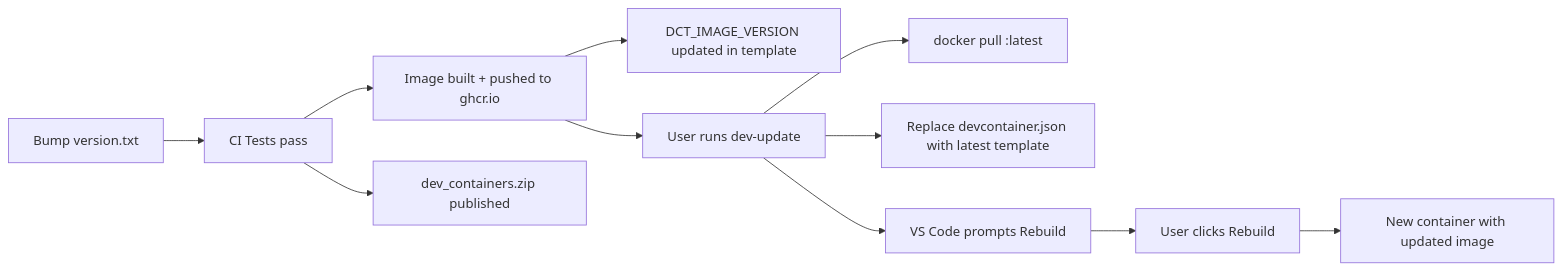
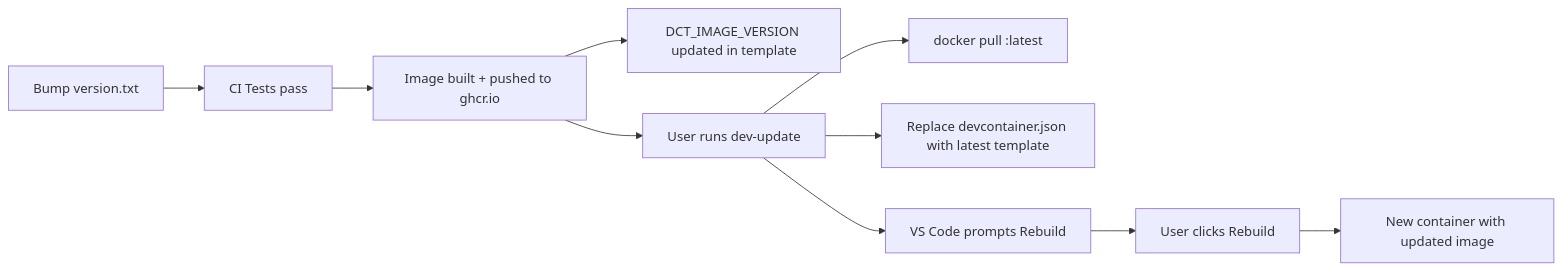
The third of 3 diagrams in website/docs/contributors/architecture/ci-pipeline.md (terchris/devcontainer-toolbox), drawn with Mermaid before and after one commit. The commit also changed other lines of this file and 11 other files, not shown here.

````diff
--- a/website/docs/contributors/architecture/ci-pipeline.md
+++ b/website/docs/contributors/architecture/ci-pipeline.md
@@ -123,14 +104,13 @@
 ```mermaid
 flowchart LR
     Commit[Bump version.txt] --> CI[CI Tests pass]
     CI --> Image[Image built + pushed to ghcr.io]
-    CI --> Zip[dev_containers.zip published]
     Image --> AutoCommit[DCT_IMAGE_VERSION updated in template]
-    
+
     Image --> DevUpdate[User runs dev-update]
     DevUpdate --> Pull[docker pull :latest]
     DevUpdate --> Replace[Replace devcontainer.json with latest template]
     DevUpdate --> Prompt[VS Code prompts Rebuild]
     Prompt --> Rebuild[User clicks Rebuild]
     Rebuild --> NewContainer[New container with updated image]
 ```
````
